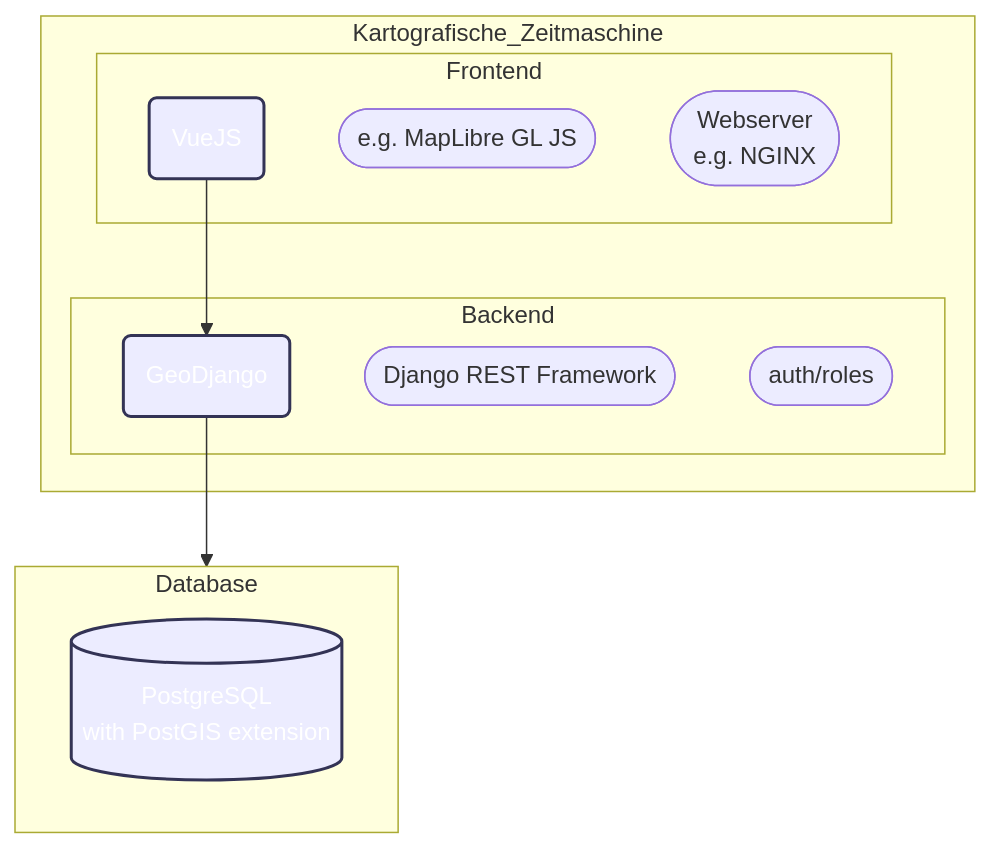
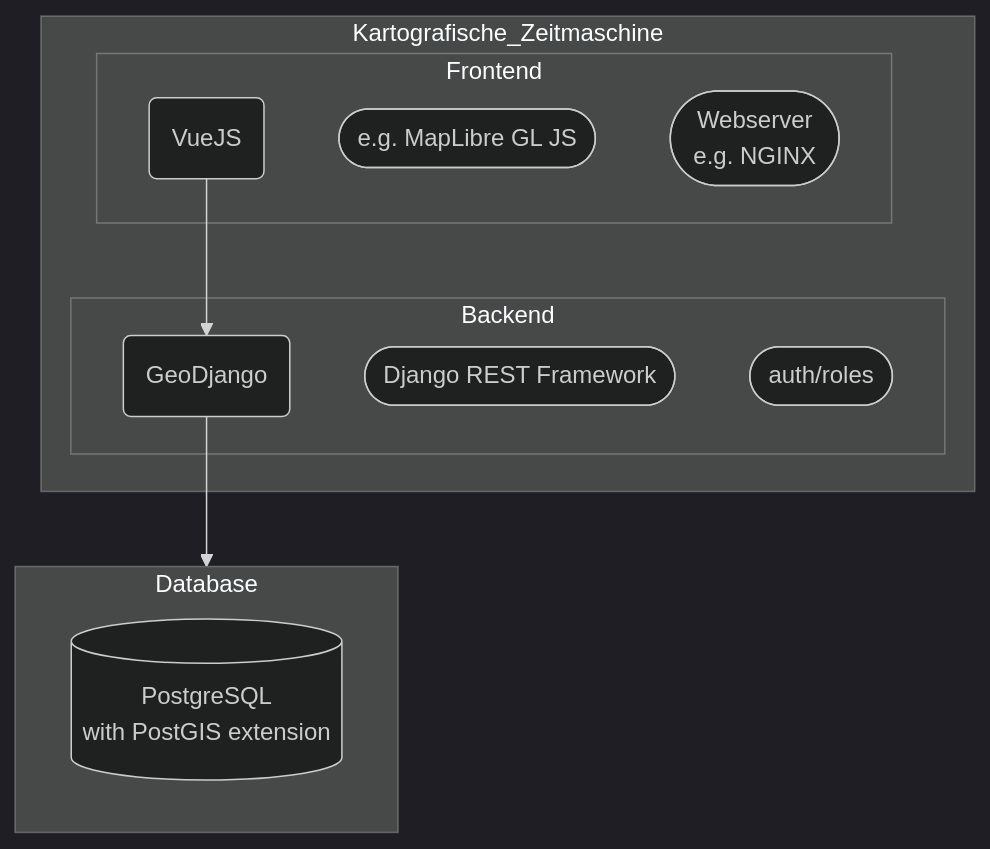
The tenth of 20 diagrams in README.md (mjwalz/Kartografische_Zeitmaschine), drawn with Mermaid before and after one commit. The commit also changed other lines of this file and 4 other files, not shown here.

````diff
--- a/README.md
+++ b/README.md
@@ -593,26 +612,31 @@
 ```mermaid
+---
+config:
+  theme: 'dark'
+---
+
 graph TD
     subgraph Kartografische_Zeitmaschine
         vue(Frontend) --> dj(Backend)
         subgraph Frontend
             vue(VueJS)
             ml([e.g. MapLibre GL JS])
             nginx([Webserver<br/>e.g. NGINX])
         end
         subgraph Backend
             dj(GeoDjango)
             drf([Django REST Framework])
             auth([auth/roles])
         end
     end
     subgraph Database
         db[(PostgreSQL<br/>with PostGIS extension)]
     end
     
     dj --> Database
 
-    style dj stroke:#335,stroke-width:2px,color:white
-    style db stroke:#335,stroke-width:2px,color:white
-    style vue stroke:#335,stroke-width:2px,color:white
+    %%style dj stroke:#335,stroke-width:2px,color:white
+    %%style db stroke:#335,stroke-width:2px,color:white
+    %%style vue stroke:#335,stroke-width:2px,color:white
 
 ```
````
